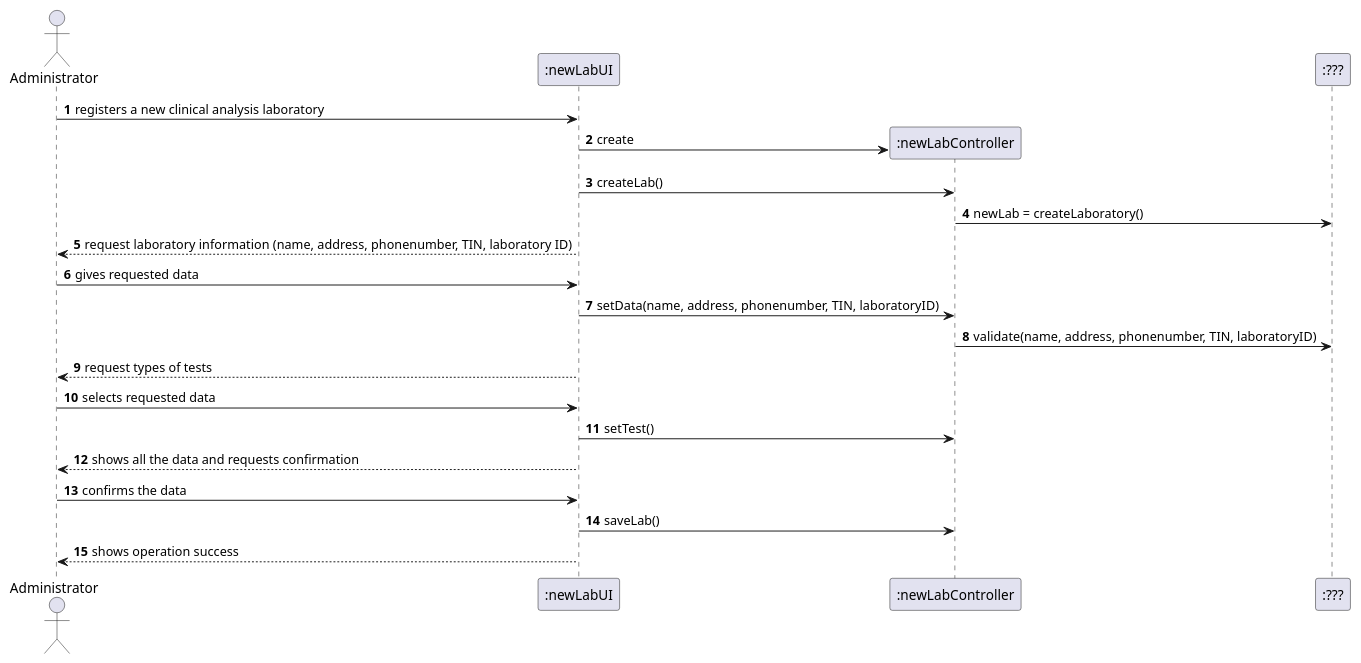
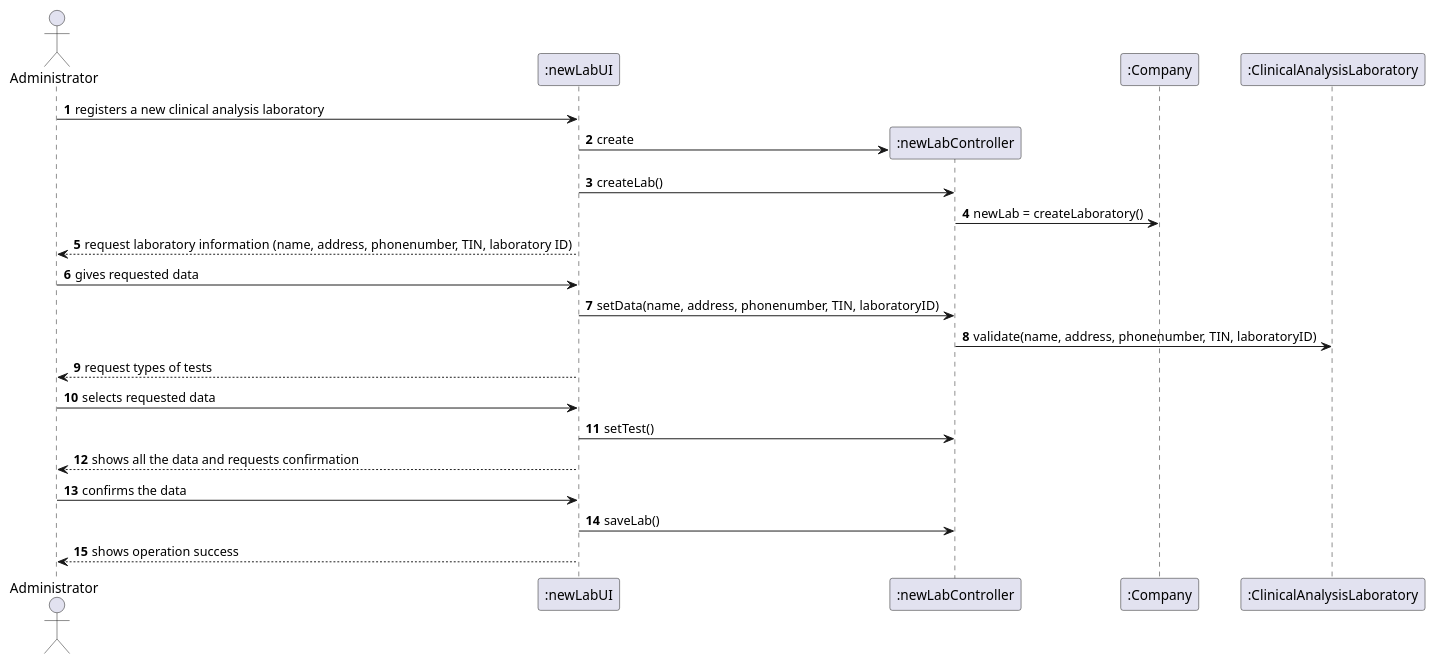
The diagram in docs/SprintB/US8/US8_SD.puml (MadDinosaur/ISEP-LAPR2), drawn with PlantUML before and after one commit. The commit also changed 3 other files, not shown here.

Commit message:
Changes on class diagram and sequence diagram of User Story 8

```diff
--- a/docs/SprintB/US8/US8_SD.puml
+++ b/docs/SprintB/US8/US8_SD.puml
@@ -1,25 +1,26 @@
 @startuml
 autonumber
 
 actor Administrator as admin
 participant ":newLabUI" as UI
 participant ":newLabController" as controller
-participant ":???" as validate
+participant ":Company" as validate
+participant ":ClinicalAnalysisLaboratory" as lab
 
 admin -> UI : registers a new clinical analysis laboratory
 create controller
 UI -> controller : create
 UI -> controller : createLab()
 controller -> validate : newLab = createLaboratory()
 UI --> admin : request laboratory information (name, address, phonenumber, TIN, laboratory ID)
 admin -> UI : gives requested data
 UI -> controller : setData(name, address, phonenumber, TIN, laboratoryID)
-controller -> validate : validate(name, address, phonenumber, TIN, laboratoryID)
+controller -> lab : validate(name, address, phonenumber, TIN, laboratoryID)
 UI --> admin : request types of tests
 admin -> UI : selects requested data
 UI -> controller : setTest()
 UI --> admin : shows all the data and requests confirmation
 admin -> UI : confirms the data
 UI -> controller : saveLab()
 UI --> admin : shows operation success
 @enduml
```
